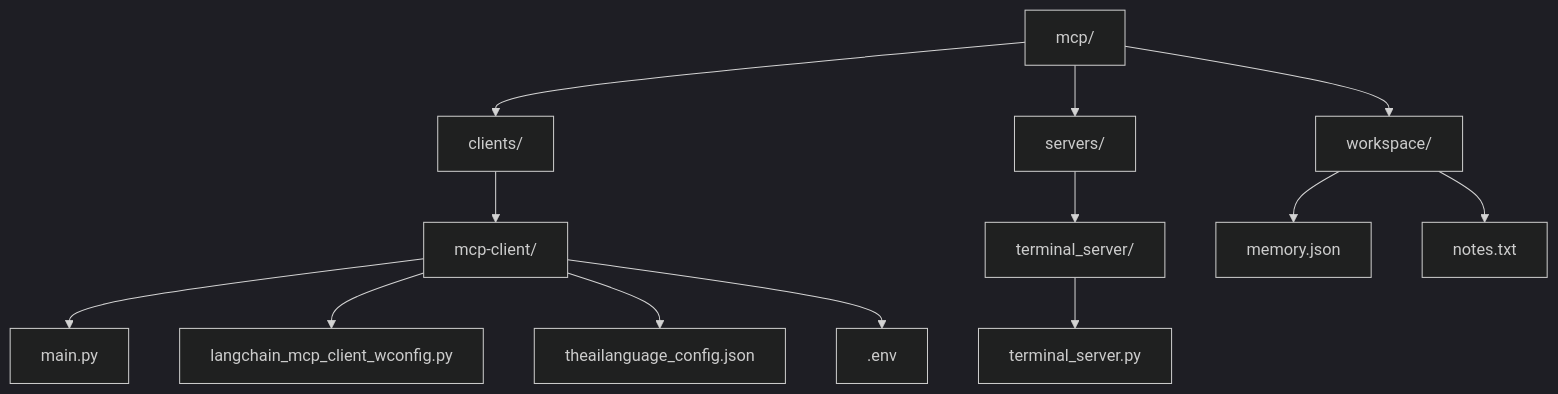
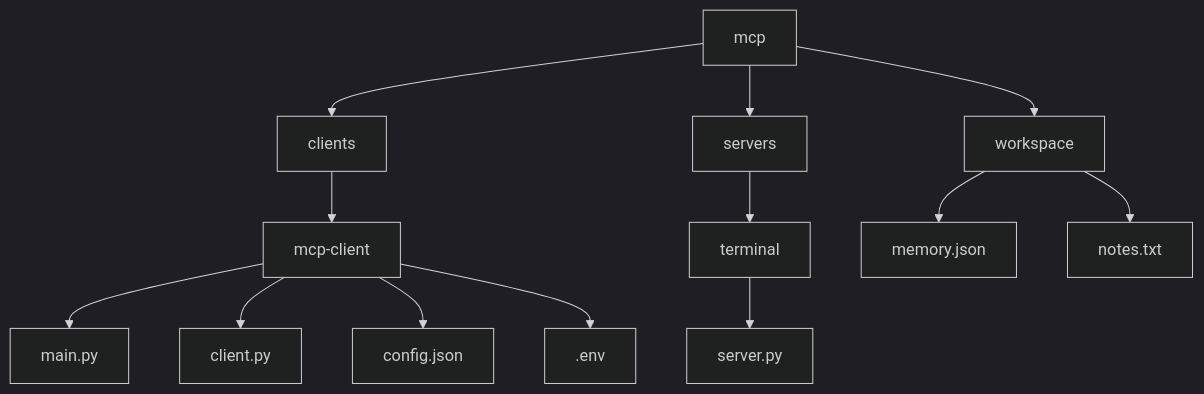
One commit to Techiral/mcp changed the third of 5 diagrams in README.md. Above: the diagram before and after it, drawn with Mermaid (dark theme).

Commit message:
Updated README.md flowchart to reflect changes in directory structure and file names.

````diff
--- a/README.md
+++ b/README.md
@@ -61,18 +61,18 @@
 ```mermaid
 flowchart TD
-    Root[mcp/] --> Clients[clients/]
-    Root --> Servers[servers/]
-    Root --> Workspace[workspace/]
+    A[mcp] --> B[clients]
+    A --> C[servers]
+    A --> D[workspace]
     
-    Clients --> ClientDir[mcp-client/]
-    ClientDir --> Main["main.py"]
-    ClientDir --> LangChain["langchain_mcp_client_wconfig.py"]
-    ClientDir --> Config["theailanguage_config.json"]
-    ClientDir --> Env[".env"]
+    B --> E[mcp-client]
+    E --> F[main.py]
+    E --> G[client.py]
+    E --> H[config.json]
+    E --> I[.env]
     
-    Servers --> Terminal["terminal_server/"]
-    Terminal --> TerminalFile["terminal_server.py"]
+    C --> J[terminal]
+    J --> K[server.py]
     
-    Workspace --> Memory["memory.json"]
-    Workspace --> Notes["notes.txt"]
+    D --> L[memory.json]
+    D --> M[notes.txt]
 ```
````
